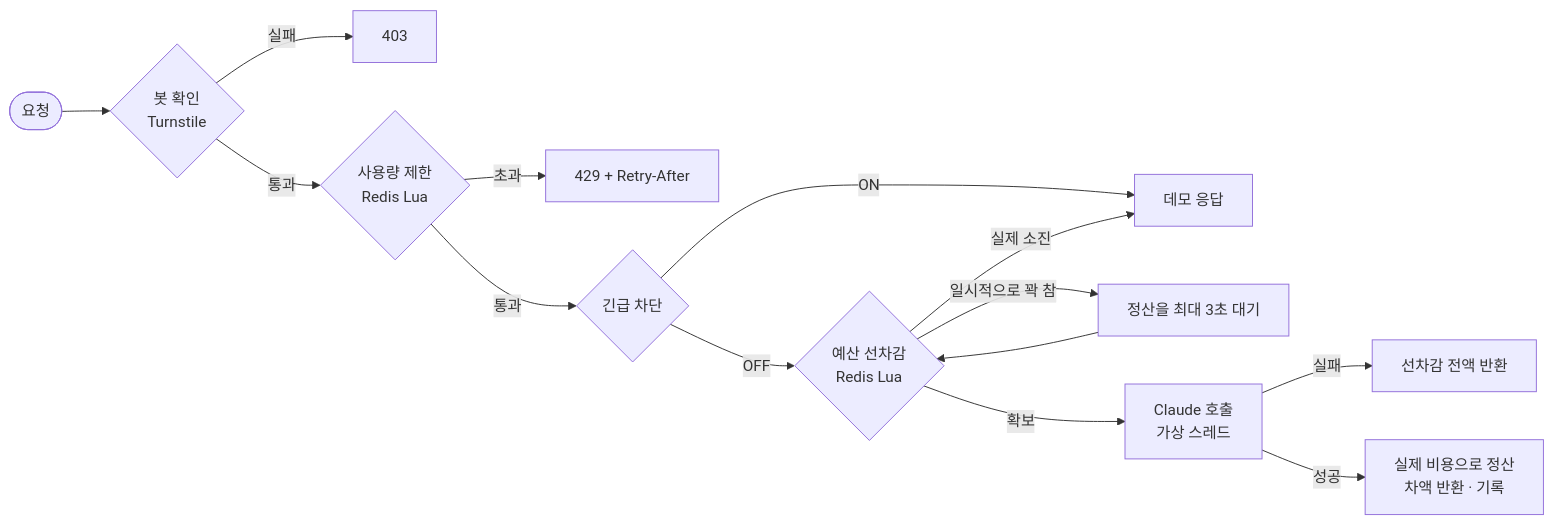
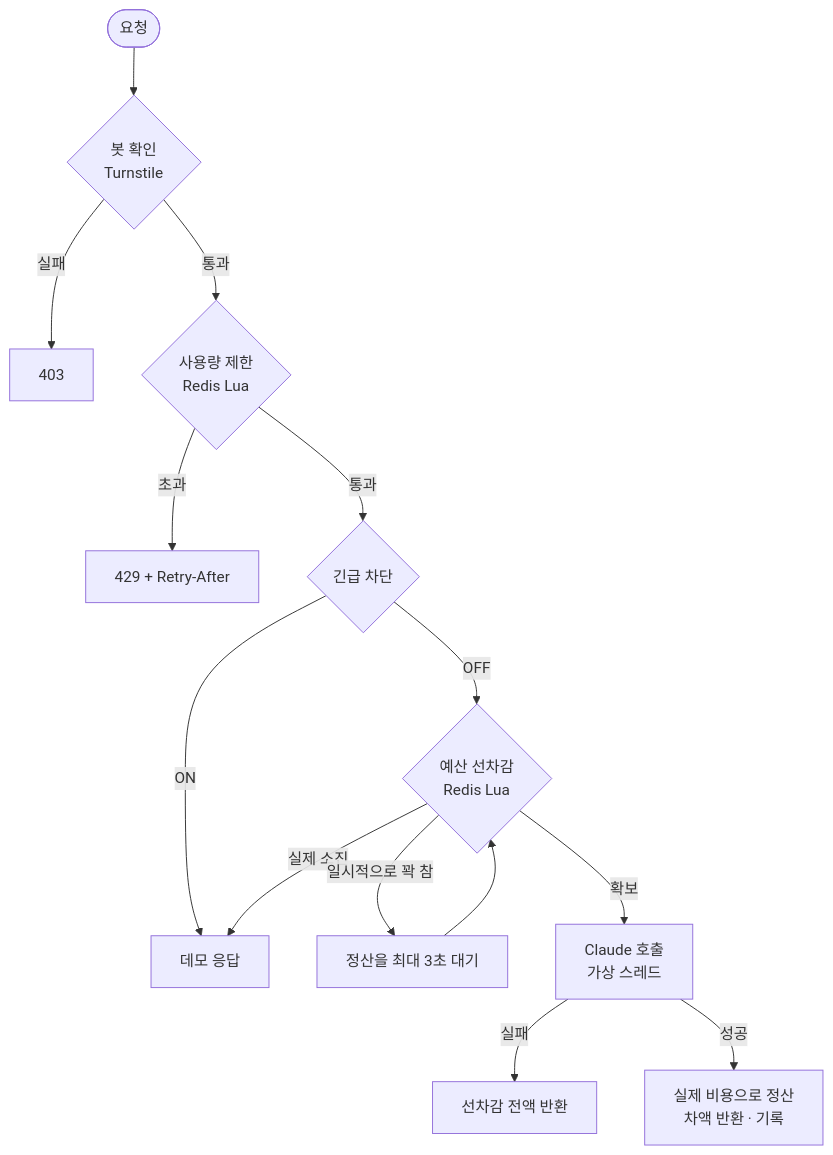
The first of 2 diagrams in README.md (minunglee/spring-llm-gateway), drawn with Mermaid before and after one commit.

Commit message:
README 처리 흐름도를 세로 방향으로

````diff
--- a/README.md
+++ b/README.md
@@ -30,15 +30,15 @@
 ```mermaid
-flowchart LR
+flowchart TD
     A([요청]) --> B{봇 확인<br/>Turnstile}
     B -- 실패 --> X1[403]
     B -- 통과 --> C{사용량 제한<br/>Redis Lua}
     C -- 초과 --> X2[429 + Retry-After]
     C -- 통과 --> D{긴급 차단}
     D -- ON --> X3[데모 응답]
     D -- OFF --> E{예산 선차감<br/>Redis Lua}
     E -- 실제 소진 --> X3
     E -- 일시적으로 꽉 참 --> W[정산을 최대 3초 대기] --> E
     E -- 확보 --> F[Claude 호출<br/>가상 스레드]
     F -- 실패 --> R[선차감 전액 반환]
     F -- 성공 --> G[실제 비용으로 정산<br/>차액 반환 · 기록]
 ```
````
